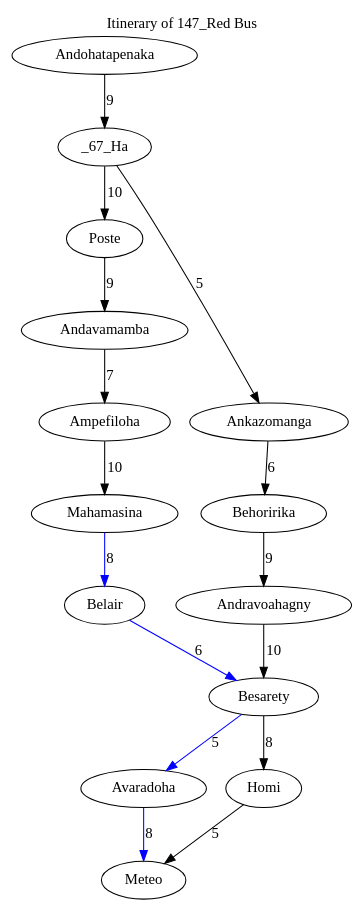
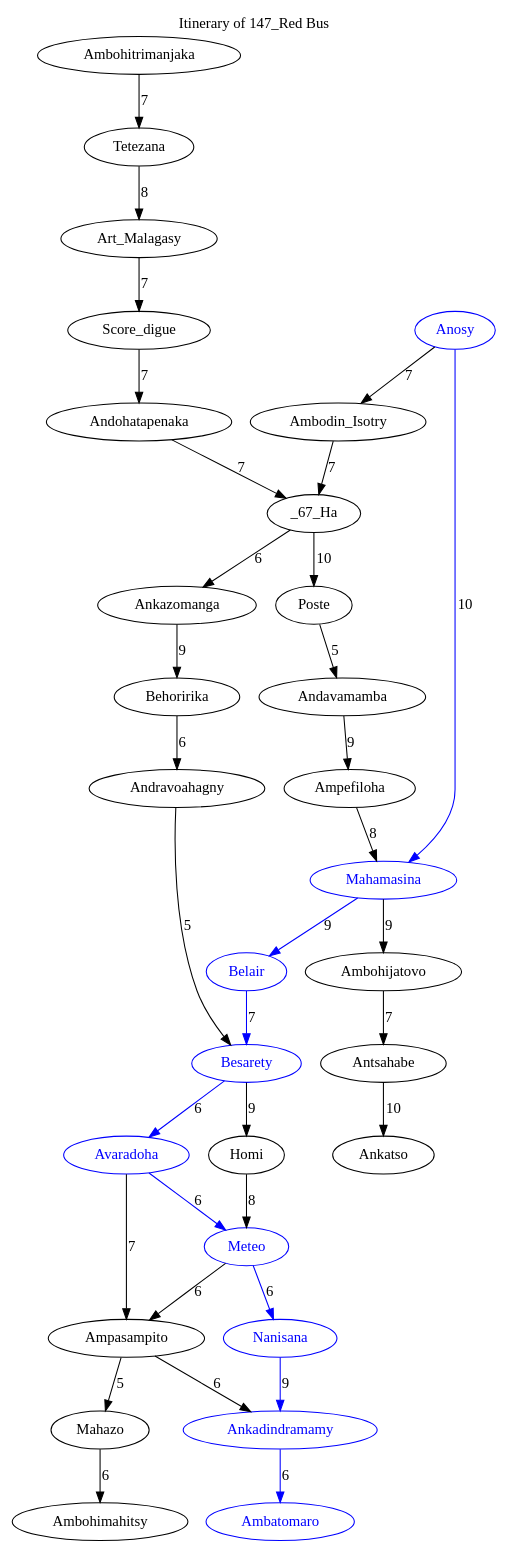
Before and after one commit to Online13/bus-path-finding: the diagram in out/bus_147_Red.gv, drawn with Graphviz. The commit also changed 38 other files, not shown here.

```diff
--- a/out/bus_147_Red.gv
+++ b/out/bus_147_Red.gv
@@ -1,17 +1,75 @@
 digraph G {
-	labelloc="t"	label="Itinerary of 147_Red Bus"	Andavamamba -> Ampefiloha [weight=7, label="7"];
-	Ampefiloha -> Mahamasina [weight=10, label="10"];
+	labelloc="t"	label="Itinerary of 147_Red Bus"	Ambodin_Isotry -> _67_Ha [weight=7, label="7"];
+	Art_Malagasy -> Score_digue [weight=7, label="7"];
+	Antsahabe -> Ankatso [weight=10, label="10"];
+	Andavamamba -> Ampefiloha [weight=9, label="9"];
+	Ampefiloha -> Mahamasina [weight=8, label="8"];
 	_67_Ha -> Poste [weight=10, label="10"];
-	Andohatapenaka -> _67_Ha [weight=9, label="9"];
-	Mahamasina -> Belair [color="blue", weight=8, label="8"];
-	Ankazomanga -> Behoririka [weight=6, label="6"];
-	Andravoahagny -> Besarety [weight=10, label="10"];
-	Besarety -> Avaradoha [color="blue", weight=5, label="5"];
-	Homi -> Meteo [weight=5, label="5"];
-	Besarety -> Homi [weight=8, label="8"];
-	Poste -> Andavamamba [weight=9, label="9"];
-	_67_Ha -> Ankazomanga [weight=5, label="5"];
-	Behoririka -> Andravoahagny [weight=9, label="9"];
-	Belair -> Besarety [color="blue", weight=6, label="6"];
-	Avaradoha -> Meteo [color="blue", weight=8, label="8"];
+	Meteo -> Ampasampito [weight=6, label="6"];
+	Andohatapenaka -> _67_Ha [weight=7, label="7"];
+	Meteo -> Nanisana [color="blue", weight=6, label="6"];
+	Mahamasina -> Belair [color="blue", weight=9, label="9"];
+	Ankazomanga -> Behoririka [weight=9, label="9"];
+	Andravoahagny -> Besarety [weight=5, label="5"];
+	Besarety -> Avaradoha [color="blue", weight=6, label="6"];
+	Ambohitrimanjaka -> Tetezana [weight=7, label="7"];
+	Homi -> Meteo [weight=8, label="8"];
+	Ampasampito -> Mahazo [weight=5, label="5"];
+	Besarety -> Homi [weight=9, label="9"];
+	Tetezana -> Art_Malagasy [weight=8, label="8"];
+	Ampasampito -> Ankadindramamy [weight=6, label="6"];
+	Poste -> Andavamamba [weight=5, label="5"];
+	_67_Ha -> Ankazomanga [weight=6, label="6"];
+	Behoririka -> Andravoahagny [weight=6, label="6"];
+	Score_digue -> Andohatapenaka [weight=7, label="7"];
+	Mahamasina -> Ambohijatovo [weight=9, label="9"];
+	Anosy -> Mahamasina [color="blue", weight=10, label="10"];
+	Ankadindramamy -> Ambatomaro [color="blue", weight=6, label="6"];
+	Mahazo -> Ambohimahitsy [weight=6, label="6"];
+	Anosy -> Ambodin_Isotry [weight=7, label="7"];
+	Belair -> Besarety [color="blue", weight=7, label="7"];
+	Avaradoha -> Meteo [color="blue", weight=6, label="6"];
+	Ambohijatovo -> Antsahabe [weight=7, label="7"];
+	Avaradoha -> Ampasampito [weight=7, label="7"];
+	Nanisana -> Ankadindramamy [color="blue", weight=9, label="9"];
+	Art_Malagasy;
+	Andohatapenaka;
+	Tetezana;
+	_67_Ha;
+	Ambohitrimanjaka;
+	Score_digue;
+	Poste;
+	Andavamamba;
+	Mahamasina [color="blue", fontcolor="blue"];
+	Ambohijatovo;
+	_67_Ha;
+	Ankatso;
+	Ampefiloha;
+	Antsahabe;
+	Mahamasina [color="blue", fontcolor="blue"];
+	Anosy [color="blue", fontcolor="blue"];
+	Besarety [color="blue", fontcolor="blue"];
+	Meteo [color="blue", fontcolor="blue"];
+	Nanisana [color="blue", fontcolor="blue"];
+	Avaradoha [color="blue", fontcolor="blue"];
+	Belair [color="blue", fontcolor="blue"];
+	Ankadindramamy [color="blue", fontcolor="blue"];
+	Ambatomaro [color="blue", fontcolor="blue"];
+	Ampasampito;
+	Anosy [color="blue", fontcolor="blue"];
+	Behoririka;
+	Besarety [color="blue", fontcolor="blue"];
+	Meteo [color="blue", fontcolor="blue"];
+	Ambodin_Isotry;
+	_67_Ha;
+	Ankazomanga;
+	Homi;
+	Andravoahagny;
+	Ankadindramamy [color="blue", fontcolor="blue"];
+	Ambatomaro [color="blue", fontcolor="blue"];
+	Ampasampito;
+	Besarety [color="blue", fontcolor="blue"];
+	Ambohimahitsy;
+	Avaradoha [color="blue", fontcolor="blue"];
+	Mahazo;
 }
```
